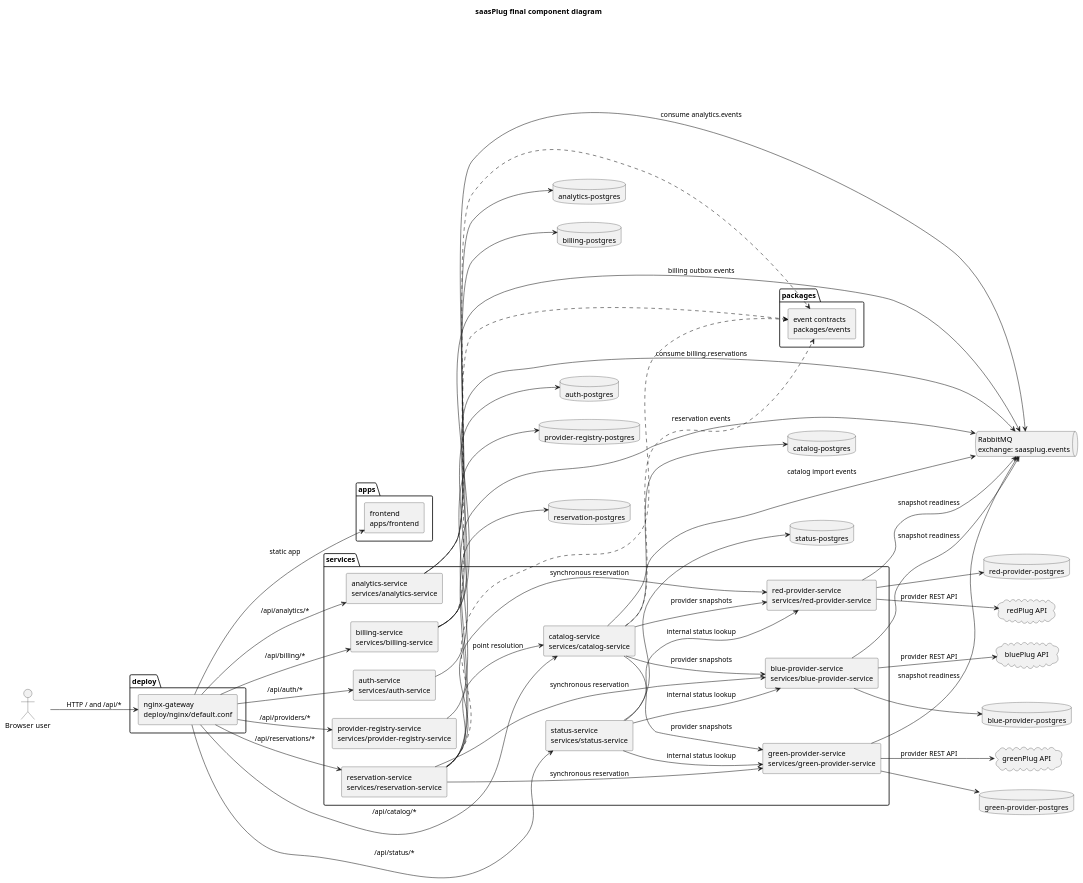
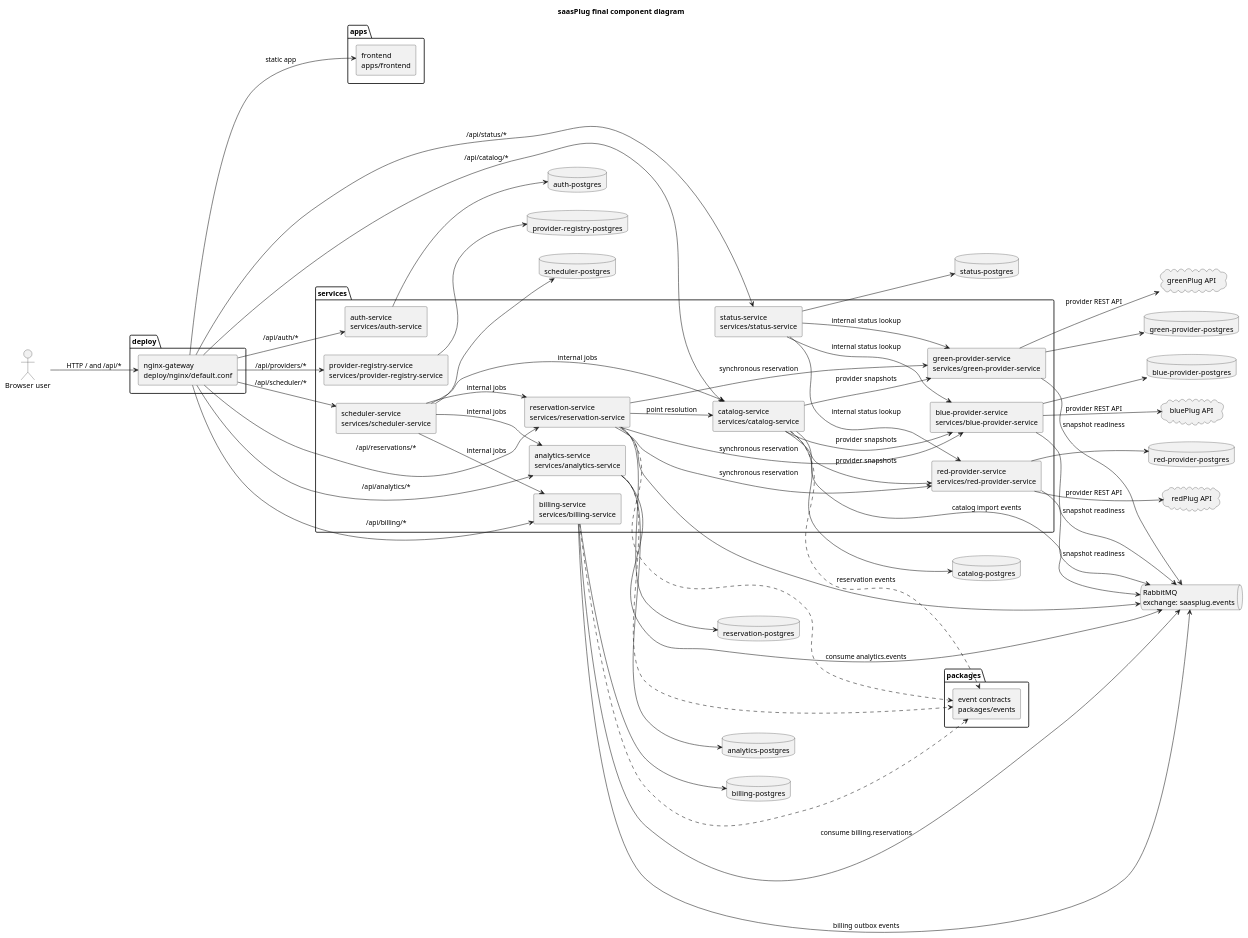
The diagram in docs/diagrams/final/component.puml (ntua-el21026/ntua-saasplug), drawn with PlantUML before and after one commit. The commit also changed 51 other files, not shown here.

```diff
--- a/docs/diagrams/final/component.puml
+++ b/docs/diagrams/final/component.puml
@@ -1,100 +1,109 @@
 @startuml
 title saasPlug final component diagram
 left to right direction
 skinparam componentStyle rectangle
 
 actor "Browser user" as Browser
 
 package "apps" {
   component "frontend\napps/frontend" as Frontend
 }
 
 package "deploy" {
   component "nginx-gateway\ndeploy/nginx/default.conf" as Gateway
 }
 
 package "services" {
   component "auth-service\nservices/auth-service" as Auth
   component "provider-registry-service\nservices/provider-registry-service" as Registry
   component "red-provider-service\nservices/red-provider-service" as RedProvider
   component "green-provider-service\nservices/green-provider-service" as GreenProvider
   component "blue-provider-service\nservices/blue-provider-service" as BlueProvider
   component "catalog-service\nservices/catalog-service" as Catalog
   component "status-service\nservices/status-service" as Status
   component "reservation-service\nservices/reservation-service" as Reservation
   component "analytics-service\nservices/analytics-service" as Analytics
   component "billing-service\nservices/billing-service" as Billing
+  component "scheduler-service\nservices/scheduler-service" as Scheduler
 }
 
 package "packages" {
   component "event contracts\npackages/events" as EventContracts
 }
 
 queue "RabbitMQ\nexchange: saasplug.events" as RabbitMQ
 
 database "auth-postgres" as AuthDb
 database "provider-registry-postgres" as RegistryDb
 database "red-provider-postgres" as RedDb
 database "green-provider-postgres" as GreenDb
 database "blue-provider-postgres" as BlueDb
 database "catalog-postgres" as CatalogDb
 database "status-postgres" as StatusDb
 database "reservation-postgres" as ReservationDb
 database "analytics-postgres" as AnalyticsDb
 database "billing-postgres" as BillingDb
+database "scheduler-postgres" as SchedulerDb
 
 cloud "redPlug API" as RedApi
 cloud "greenPlug API" as GreenApi
 cloud "bluePlug API" as BlueApi
 
 Browser --> Gateway : HTTP / and /api/*
 Gateway --> Frontend : static app
 Gateway --> Auth : /api/auth/*
 Gateway --> Registry : /api/providers/*
 Gateway --> Catalog : /api/catalog/*
 Gateway --> Status : /api/status/*
 Gateway --> Reservation : /api/reservations/*
 Gateway --> Analytics : /api/analytics/*
 Gateway --> Billing : /api/billing/*
+Gateway --> Scheduler : /api/scheduler/*
 
 Catalog --> RedProvider : provider snapshots
 Catalog --> GreenProvider : provider snapshots
 Catalog --> BlueProvider : provider snapshots
 Status --> RedProvider : internal status lookup
 Status --> GreenProvider : internal status lookup
 Status --> BlueProvider : internal status lookup
 Reservation --> Catalog : point resolution
 Reservation --> RedProvider : synchronous reservation
 Reservation --> GreenProvider : synchronous reservation
 Reservation --> BlueProvider : synchronous reservation
+
+Scheduler --> Catalog : internal jobs
+Scheduler --> Analytics : internal jobs
+Scheduler --> Billing : internal jobs
+Scheduler --> Reservation : internal jobs
 
 RedProvider --> RedApi : provider REST API
 GreenProvider --> GreenApi : provider REST API
 BlueProvider --> BlueApi : provider REST API
 
 Auth --> AuthDb
 Registry --> RegistryDb
 RedProvider --> RedDb
 GreenProvider --> GreenDb
 BlueProvider --> BlueDb
 Catalog --> CatalogDb
 Status --> StatusDb
 Reservation --> ReservationDb
 Analytics --> AnalyticsDb
 Billing --> BillingDb
+Scheduler --> SchedulerDb
 
 Reservation --> RabbitMQ : reservation events
 RedProvider --> RabbitMQ : snapshot readiness
 GreenProvider --> RabbitMQ : snapshot readiness
 BlueProvider --> RabbitMQ : snapshot readiness
 Catalog --> RabbitMQ : catalog import events
 Billing --> RabbitMQ : billing outbox events
 Analytics --> RabbitMQ : consume analytics.events
 Billing --> RabbitMQ : consume billing.reservations
 
 Reservation ..> EventContracts
 Catalog ..> EventContracts
 Analytics ..> EventContracts
 Billing ..> EventContracts
 
 @enduml
```
